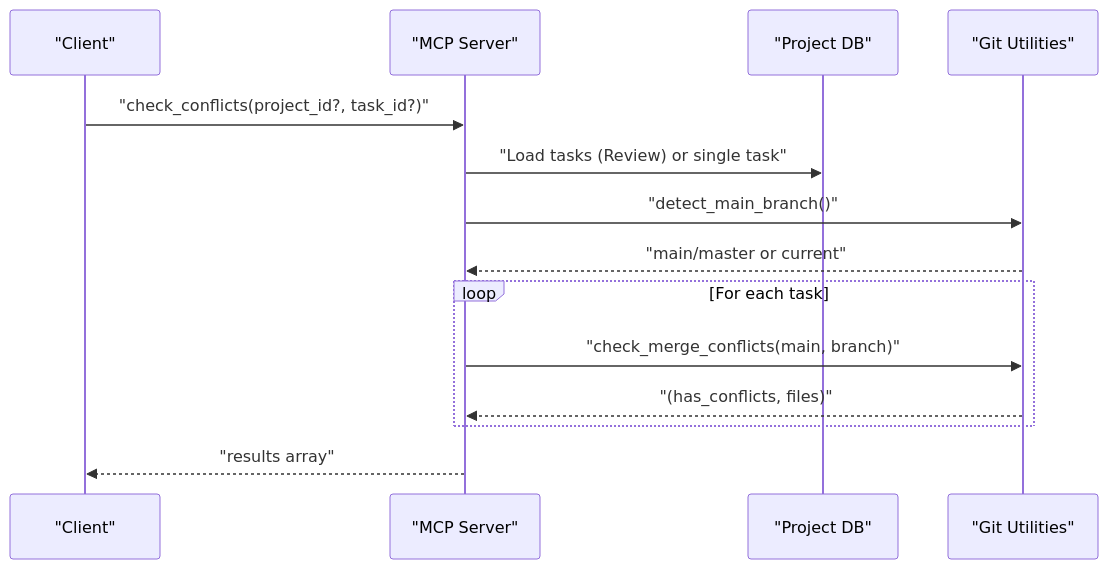
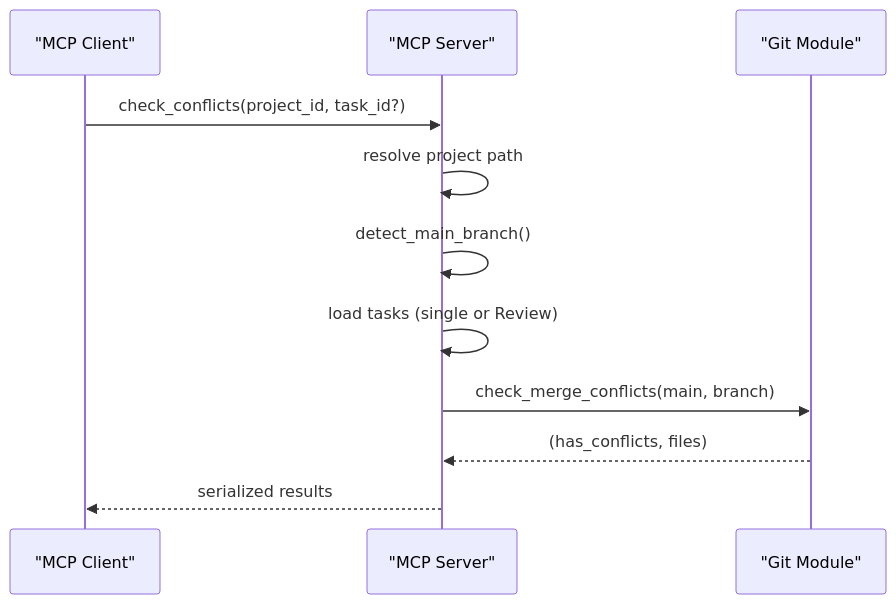
The fourth of 8 diagrams in .qoder/repowiki/en/content/Git Integration/Conflict Resolution.md (bramburn/agtx), drawn with Mermaid before and after one commit. The commit also changed other lines of this file and 140 other files, not shown here.

````diff
--- a/.qoder/repowiki/en/content/Git Integration/Conflict Resolution.md
+++ b/.qoder/repowiki/en/content/Git Integration/Conflict Resolution.md
@@ -188,16 +161,13 @@
 ```mermaid
 sequenceDiagram
-participant Client as "Client"
+participant Client as "MCP Client"
 participant Server as "MCP Server"
-participant DB as "Project DB"
-participant Git as "Git Utilities"
-Client->>Server : "check_conflicts(project_id?, task_id?)"
-Server->>DB : "Load tasks (Review) or single task"
-Server->>Git : "detect_main_branch()"
-Git-->>Server : "main/master or current"
-loop For each task
-Server->>Git : "check_merge_conflicts(main, branch)"
-Git-->>Server : "(has_conflicts, files)"
-end
-Server-->>Client : "results array"
+participant Git as "Git Module"
+Client->>Server : check_conflicts(project_id, task_id?)
+Server->>Server : resolve project path
+Server->>Server : detect_main_branch()
+Server->>Server : load tasks (single or Review)
+Server->>Git : check_merge_conflicts(main, branch)
+Git-->>Server : (has_conflicts, files)
+Server-->>Client : serialized results
 ```
````
